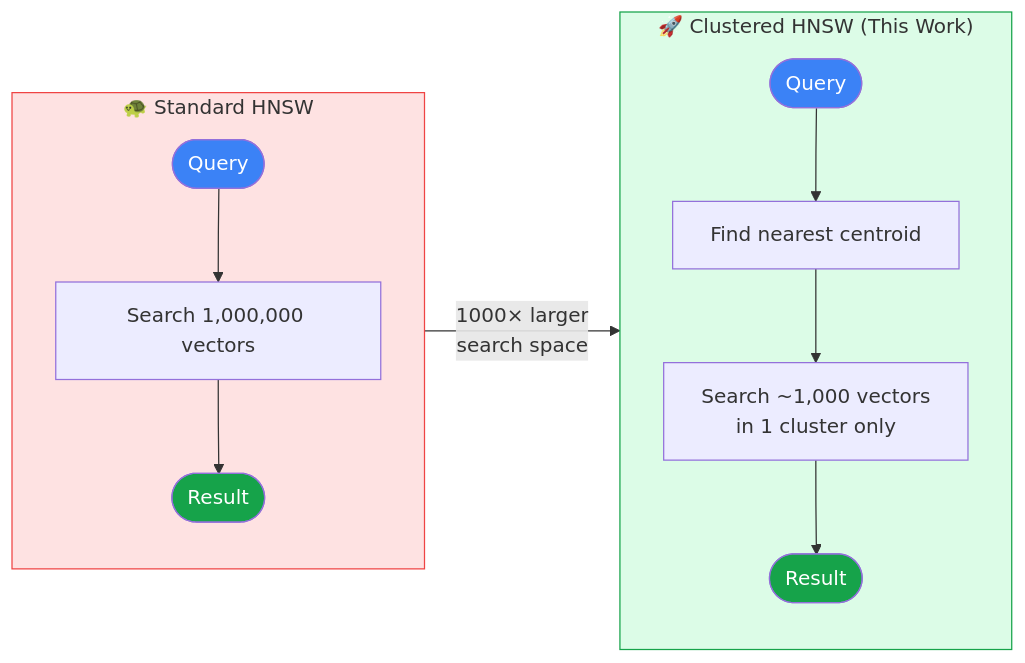
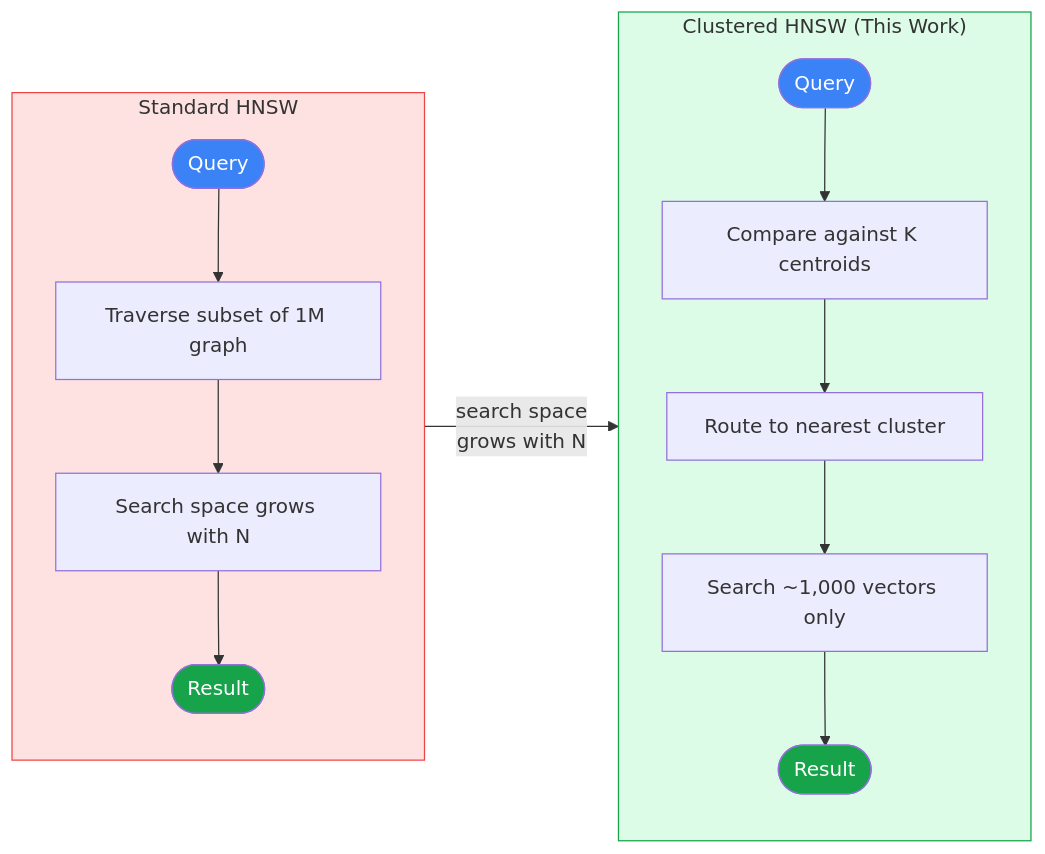
Before and after one commit to salemmohammed/HyVec: the second of 4 diagrams in README.md, drawn with Mermaid.

Commit message:
Readme: diagrams, research questions

````diff
--- a/README.md
+++ b/README.md
@@ -91,24 +91,26 @@
 ```mermaid
 flowchart LR
-    subgraph Standard["🐢 Standard HNSW"]
+    subgraph Standard["Standard HNSW"]
         direction TB
-        Q1([Query]) --> I1[Search 1,000,000 vectors]
-        I1 --> R1([Result])
+        Q1([Query]) --> I1[Traverse subset of 1M graph]
+        I1 --> I2[Search space grows with N]
+        I2 --> R1([Result])
     end
 
-    subgraph Clustered["🚀 Clustered HNSW (This Work)"]
+    subgraph Clustered["Clustered HNSW (This Work)"]
         direction TB
-        Q2([Query]) --> C1[Find nearest centroid]
-        C1 --> C2[Search ~1,000 vectors\nin 1 cluster only]
-        C2 --> R2([Result])
+        Q2([Query]) --> C1[Compare against K centroids]
+        C1 --> C2[Route to nearest cluster]
+        C2 --> C3[Search ~1,000 vectors only]
+        C3 --> R2([Result])
     end
 
-    Standard -- "1000× larger\nsearch space" --> Clustered
+    Standard -- "search space\ngrows with N" --> Clustered
 
     style Standard fill:#FEE2E2,stroke:#EF4444
     style Clustered fill:#DCFCE7,stroke:#16A34A
     style Q1 fill:#3B82F6,color:#fff
     style Q2 fill:#3B82F6,color:#fff
     style R1 fill:#16A34A,color:#fff
     style R2 fill:#16A34A,color:#fff
 ```
````
